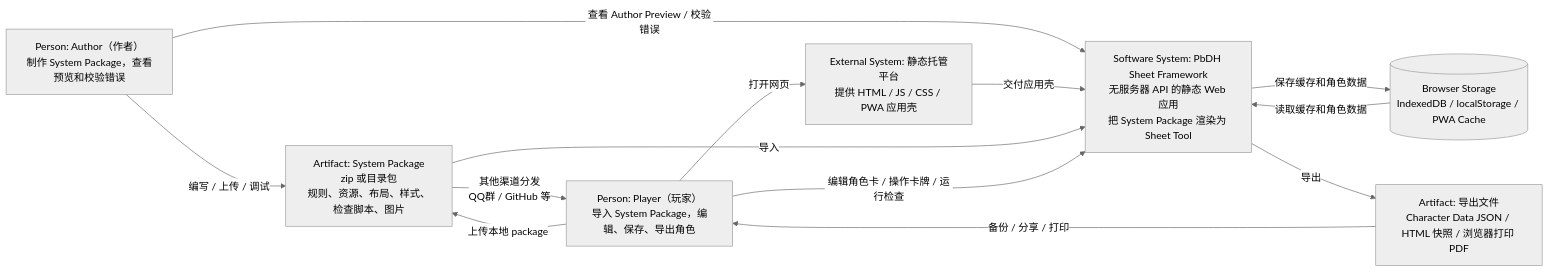
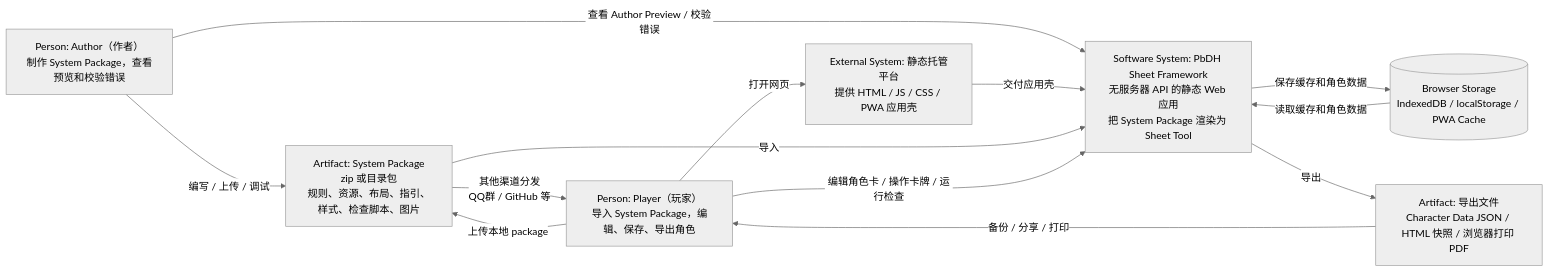
Before and after one commit to ZZZZzzzzac/PbDH_Sheet: the first of 6 diagrams in docs/c4.md, drawn with Mermaid (neutral theme). The commit also changed other lines of this file and 5 other files, not shown here.

````diff
--- a/docs/c4.md
+++ b/docs/c4.md
@@ -10,23 +10,23 @@
 ```mermaid
 flowchart LR
   author["Person: Author（作者）<br/>制作 System Package，查看预览和校验错误"]
   player["Person: Player（玩家）<br/>导入 System Package，编辑、保存、导出角色"]
   host["External System: 静态托管平台<br/>提供 HTML / JS / CSS / PWA 应用壳"]
   framework["Software System: PbDH Sheet Framework<br/>无服务器 API 的静态 Web 应用<br/>把 System Package 渲染为 Sheet Tool"]
-  package["Artifact: System Package<br/>zip 或目录包<br/>规则、资源、布局、样式、检查脚本、图片"]
+  package["Artifact: System Package<br/>zip 或目录包<br/>规则、资源、布局、指引、样式、检查脚本、图片"]
   exports["Artifact: 导出文件<br/>Character Data JSON / HTML 快照 / 浏览器打印 PDF"]
   browserStorage[("Browser Storage<br/>IndexedDB / localStorage / PWA Cache")]
 
   author -->|"编写 / 上传 / 调试"| package
   package -->|"其他渠道分发<br/>QQ群 / GitHub 等"| player
   author -->|"查看 Author Preview / 校验错误"| framework
   player -->|"打开网页"| host
   host -->|"交付应用壳"| framework
   player -->|"上传本地 package"| package
   package -->|"导入"| framework
   player -->|"编辑角色卡 / 操作卡牌 / 运行检查"| framework
   framework -->|"保存缓存和角色数据"| browserStorage
   browserStorage -->|"读取缓存和角色数据"| framework
   framework -->|"导出"| exports
   exports -->|"备份 / 分享 / 打印"| player
 ```
````
